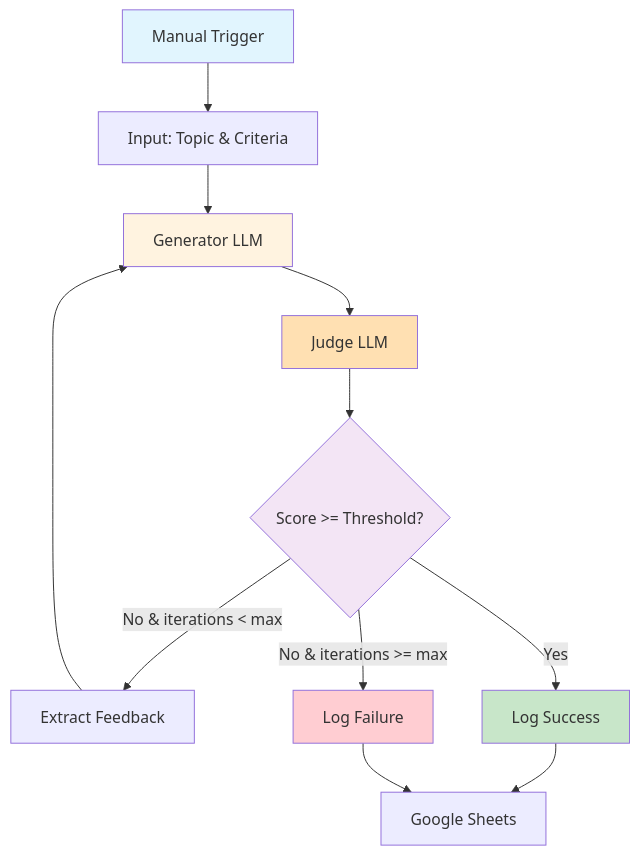
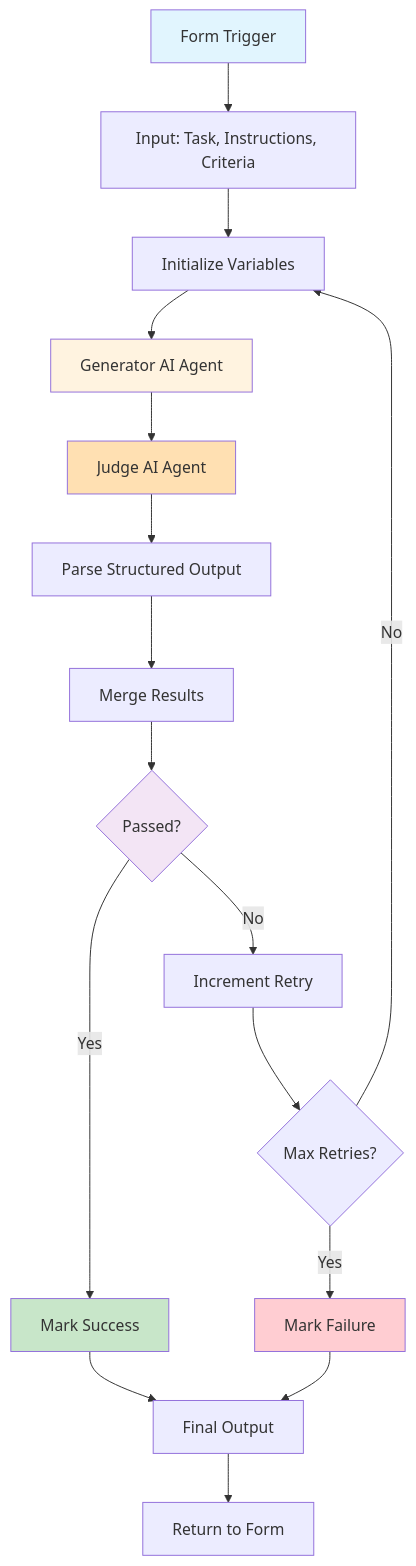
One commit to LouisChanCLY/automation-exercise changed the diagram in docs/exercises/03-llm-as-judge/overview.md. Above: the diagram before and after it, drawn with Mermaid. The commit also changed other lines of this file and 4 other files, not shown here.

First line of the commit message:
refactor: Revise Exercise 3 with simplified architecture

````diff
--- a/docs/exercises/03-llm-as-judge/overview.md
+++ b/docs/exercises/03-llm-as-judge/overview.md
@@ -83,20 +83,25 @@
 ```mermaid
 graph TB
-    Start[Manual Trigger] --> Input[Input: Topic & Criteria]
-    Input --> Gen[Generator LLM]
-    Gen --> Judge[Judge LLM]
-    Judge --> Decision{Score >= Threshold?}
-    Decision -->|No & iterations < max| Feedback[Extract Feedback]
-    Feedback --> Gen
-    Decision -->|Yes| Success[Log Success]
-    Decision -->|No & iterations >= max| Fail[Log Failure]
-    Success --> Sheet[Google Sheets]
-    Fail --> Sheet
+    Start[Form Trigger] --> Input[Input: Task, Instructions, Criteria]
+    Input --> Init[Initialize Variables]
+    Init --> Gen[Generator AI Agent]
+    Gen --> Judge[Judge AI Agent]
+    Judge --> Parse[Parse Structured Output]
+    Parse --> Merge[Merge Results]
+    Merge --> Decision{Passed?}
+    Decision -->|Yes| Success[Mark Success]
+    Decision -->|No| Retry[Increment Retry]
+    Retry --> MaxCheck{Max Retries?}
+    MaxCheck -->|Yes| Fail[Mark Failure]
+    MaxCheck -->|No| Init
+    Success --> Output[Final Output]
+    Fail --> Output
+    Output --> Form[Return to Form]
 
     style Start fill:#e1f5fe
     style Gen fill:#fff3e0
     style Judge fill:#ffe0b2
     style Decision fill:#f3e5f5
     style Success fill:#c8e6c9
     style Fail fill:#ffcdd2
 ```
````
